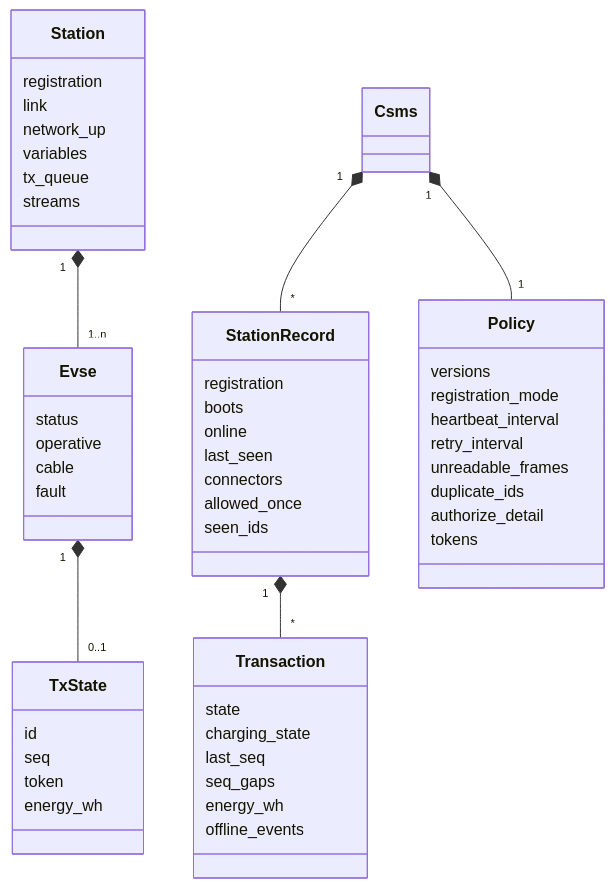
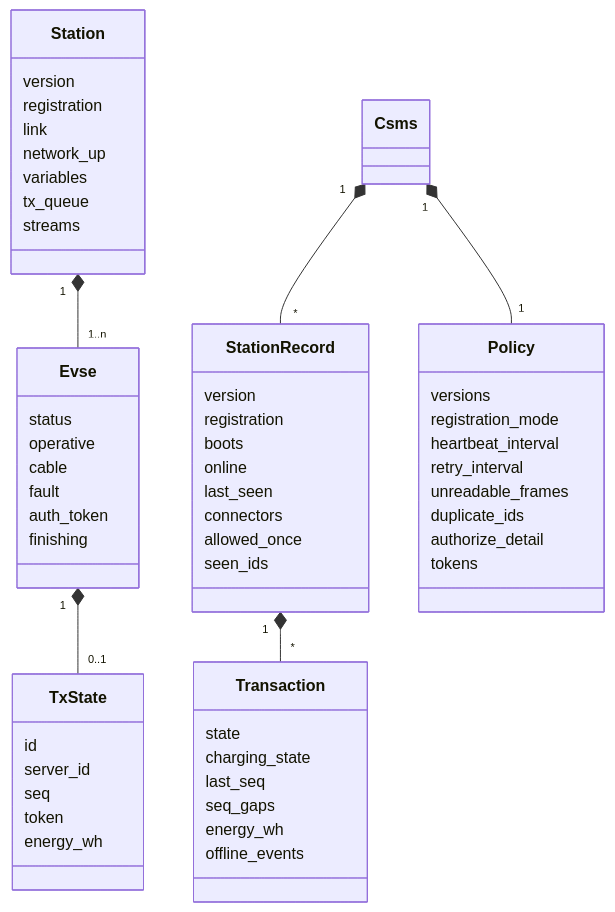
The eighth of 9 diagrams in docs/architecture.md (YAxelY/ocpp-playground), drawn with Mermaid before and after one commit. The commit also changed other lines of this file and 37 other files, not shown here.

First line of the commit message:
Add OCPP 1.6, picture-based dashboard and 3-version schema comparison

````diff
--- a/docs/architecture.md
+++ b/docs/architecture.md
@@ -189,55 +240,60 @@
 ```mermaid
 classDiagram
     class Station {
+        version
         registration
         link
         network_up
         variables
         tx_queue
         streams
     }
     class Evse {
         status
         operative
         cable
         fault
+        auth_token
+        finishing
     }
     class TxState {
         id
+        server_id
         seq
         token
         energy_wh
     }
     class StationRecord {
+        version
         registration
         boots
         online
         last_seen
         connectors
         allowed_once
         seen_ids
     }
     class Transaction {
         state
         charging_state
         last_seq
         seq_gaps
         energy_wh
         offline_events
     }
     class Policy {
         versions
         registration_mode
         heartbeat_interval
         retry_interval
         unreadable_frames
         duplicate_ids
         authorize_detail
         tokens
     }
     Station "1" *-- "1..n" Evse
     Evse "1" *-- "0..1" TxState
     StationRecord "1" *-- "*" Transaction
     Csms "1" *-- "*" StationRecord
     Csms "1" *-- "1" Policy
 ```
````
